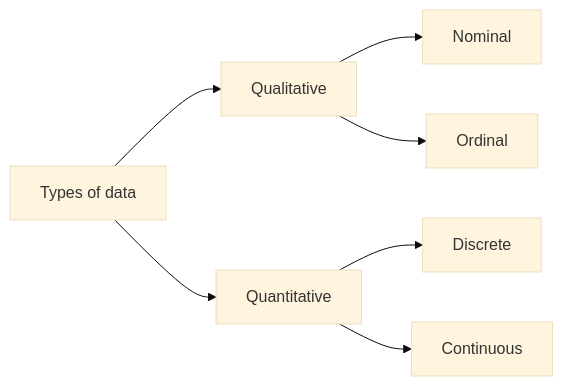
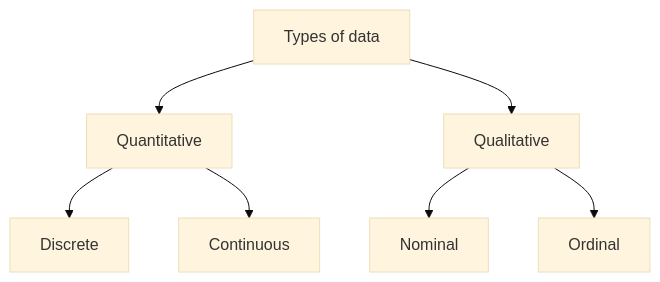
One commit to crncck/Machine-Learning changed the first of 3 diagrams in README.md. Above: the diagram before and after it, drawn with Mermaid (base theme). The commit also changed other lines of this file, not shown here.

Commit message:
Add learning types to README.md

````diff
--- a/README.md
+++ b/README.md
@@ -11,9 +13,9 @@
 ```mermaid
-graph LR
-A[Types of data] --> B[Qualitative]
-A --> C[Quantitative]
-B --> D[Nominal]
-B --> E[Ordinal]
-C --> F[Discrete]
-C --> G[Continuous]
+graph
+A[Types of data] --> B[Quantitative]
+A --> C[Qualitative]
+C --> D[Nominal]
+C --> E[Ordinal]
+B --> F[Discrete]
+B --> G[Continuous]
 ```
````
